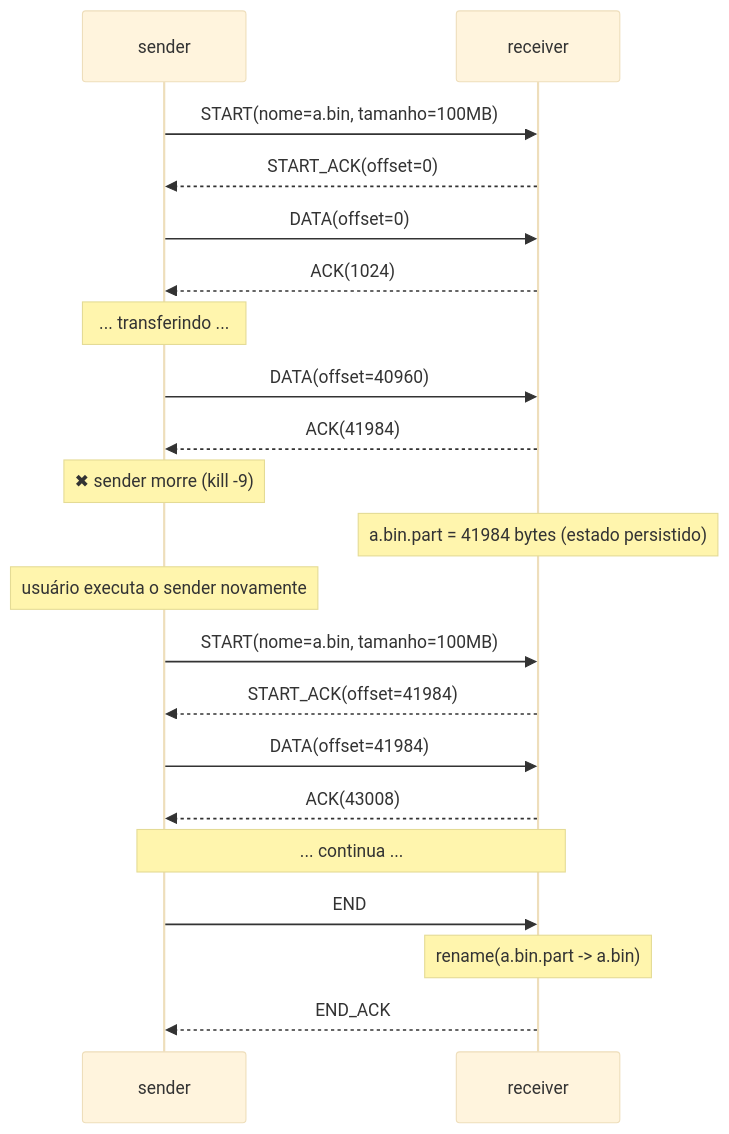
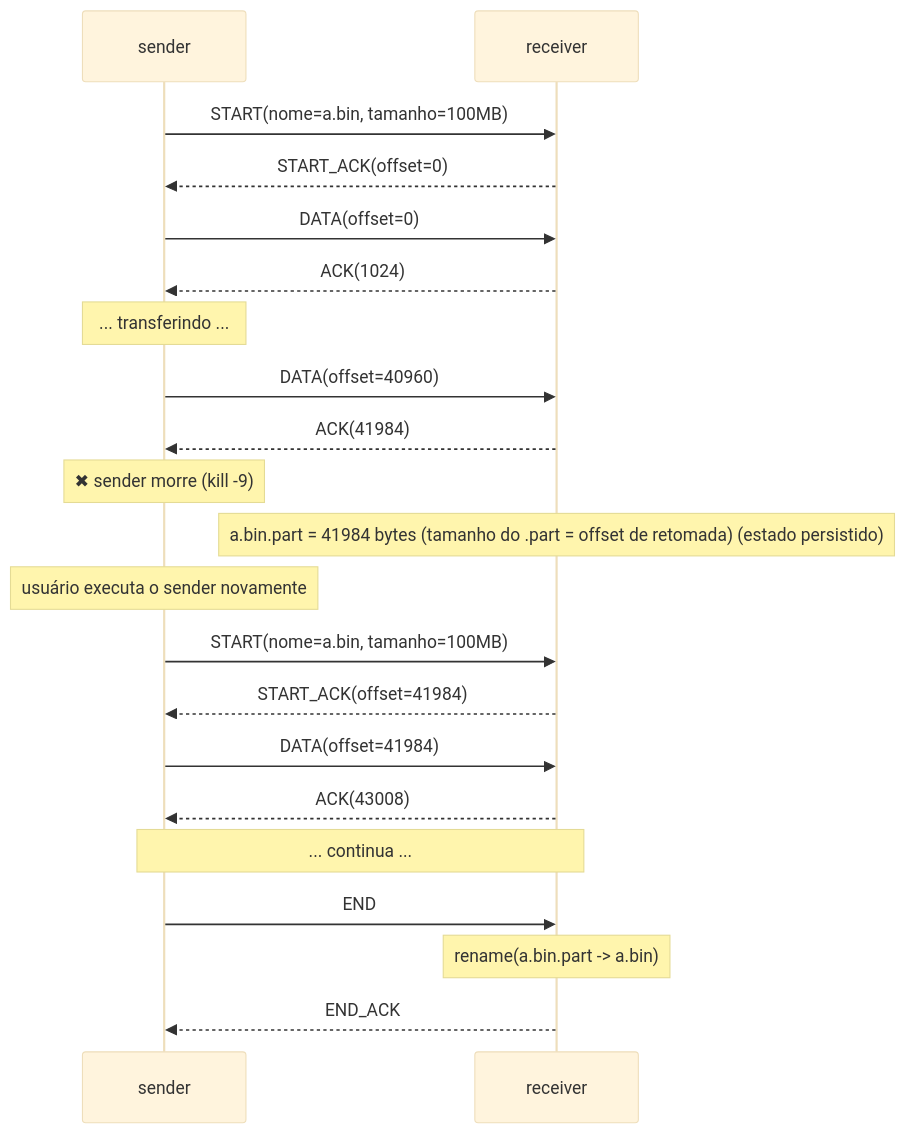
One commit to RitaLB/Computacao-Distribuida changed the first of 2 diagrams in relatorio/relatorio.md. Above: the diagram before and after it, drawn with Mermaid (base theme). The commit also changed other lines of this file and 9 other files, not shown here.

````diff
--- a/relatorio/relatorio.md
+++ b/relatorio/relatorio.md
@@ -25,23 +25,23 @@
 ```mermaid
 sequenceDiagram
     participant S as sender
     participant R as receiver
     S->>R: START(nome=a.bin, tamanho=100MB)
     R-->>S: START_ACK(offset=0)
     S->>R: DATA(offset=0)
     R-->>S: ACK(1024)
     Note over S: ... transferindo ...
     S->>R: DATA(offset=40960)
     R-->>S: ACK(41984)
     Note over S: ✖ sender morre (kill -9)
-    Note over R: a.bin.part = 41984 bytes (estado persistido)
+    Note over R: a.bin.part = 41984 bytes (tamanho do .part = offset de retomada) (estado persistido)
     Note over S: usuário executa o sender novamente
     S->>R: START(nome=a.bin, tamanho=100MB)
     R-->>S: START_ACK(offset=41984)
     S->>R: DATA(offset=41984)
     R-->>S: ACK(43008)
     Note over S,R: ... continua ...
     S->>R: END
     Note over R: rename(a.bin.part -> a.bin)
     R-->>S: END_ACK
 ```
````
